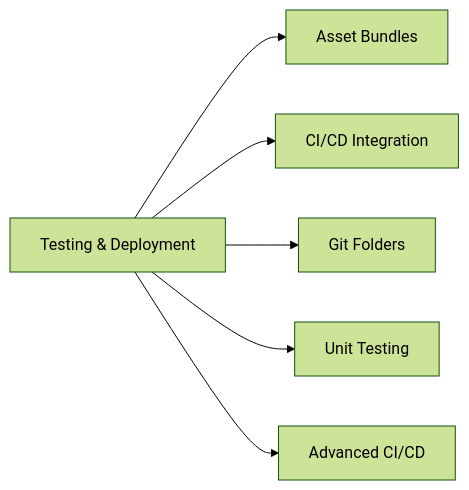
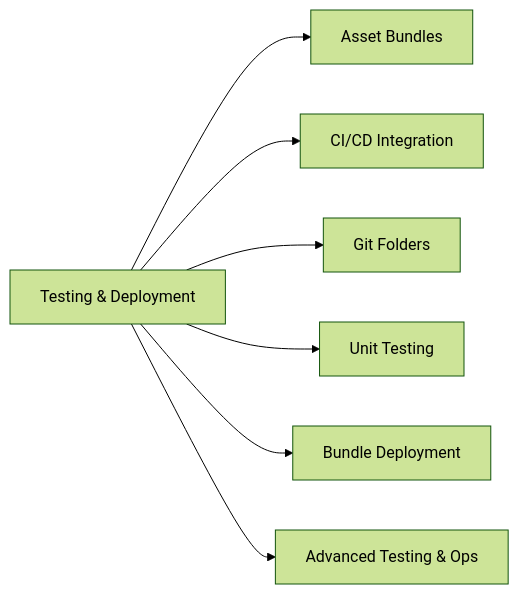
One commit to kengio/databricks-certification-study-guide changed the first of 4 diagrams in certifications/data-engineer-professional/06-testing-deployment/README.md. Above: the diagram before and after it, drawn with Mermaid (forest theme). The commit also changed other lines of this file and 17 other files, not shown here.

````diff
--- a/certifications/data-engineer-professional/06-testing-deployment/README.md
+++ b/certifications/data-engineer-professional/06-testing-deployment/README.md
@@ -18,8 +18,9 @@
 ```mermaid
 flowchart LR
     TD[Testing & Deployment] --> DAB[Asset Bundles]
     TD --> CICD[CI/CD Integration]
     TD --> Git[Git Folders]
     TD --> UT[Unit Testing]
-    TD --> AC[Advanced CI/CD]
+    TD --> BD[Bundle Deployment]
+    TD --> ATO[Advanced Testing & Ops]
 ```
````
